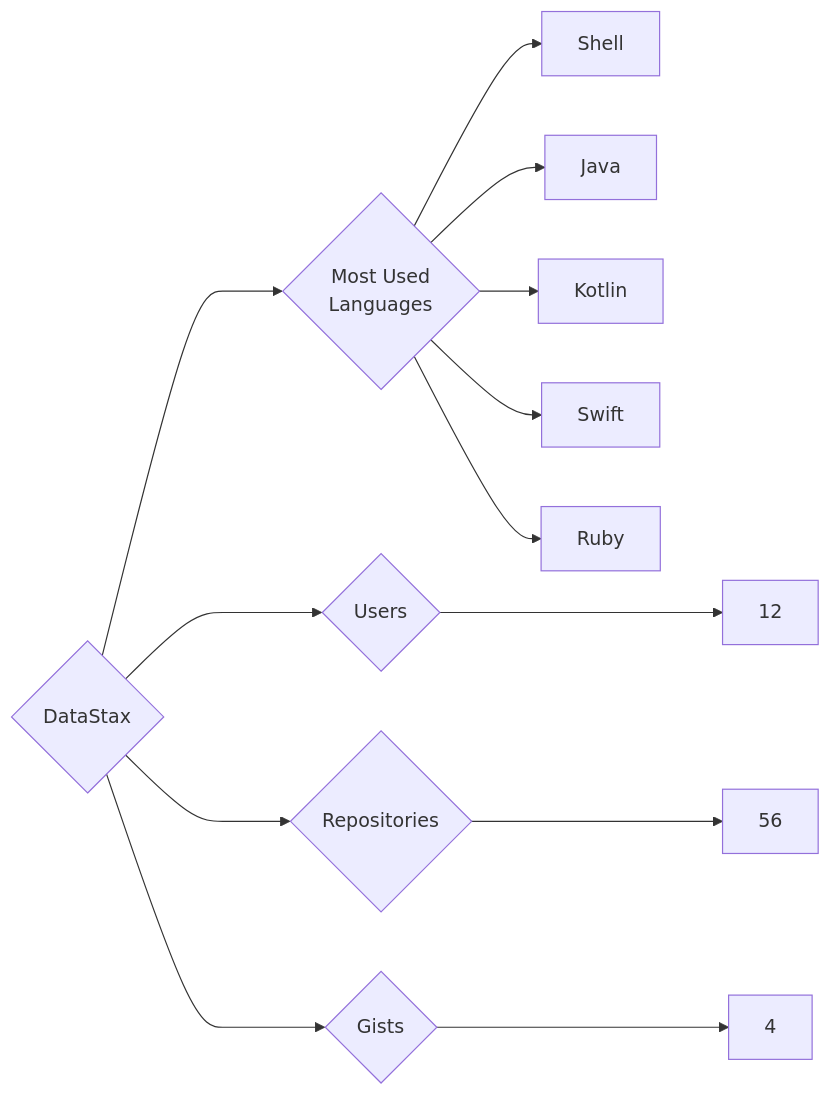
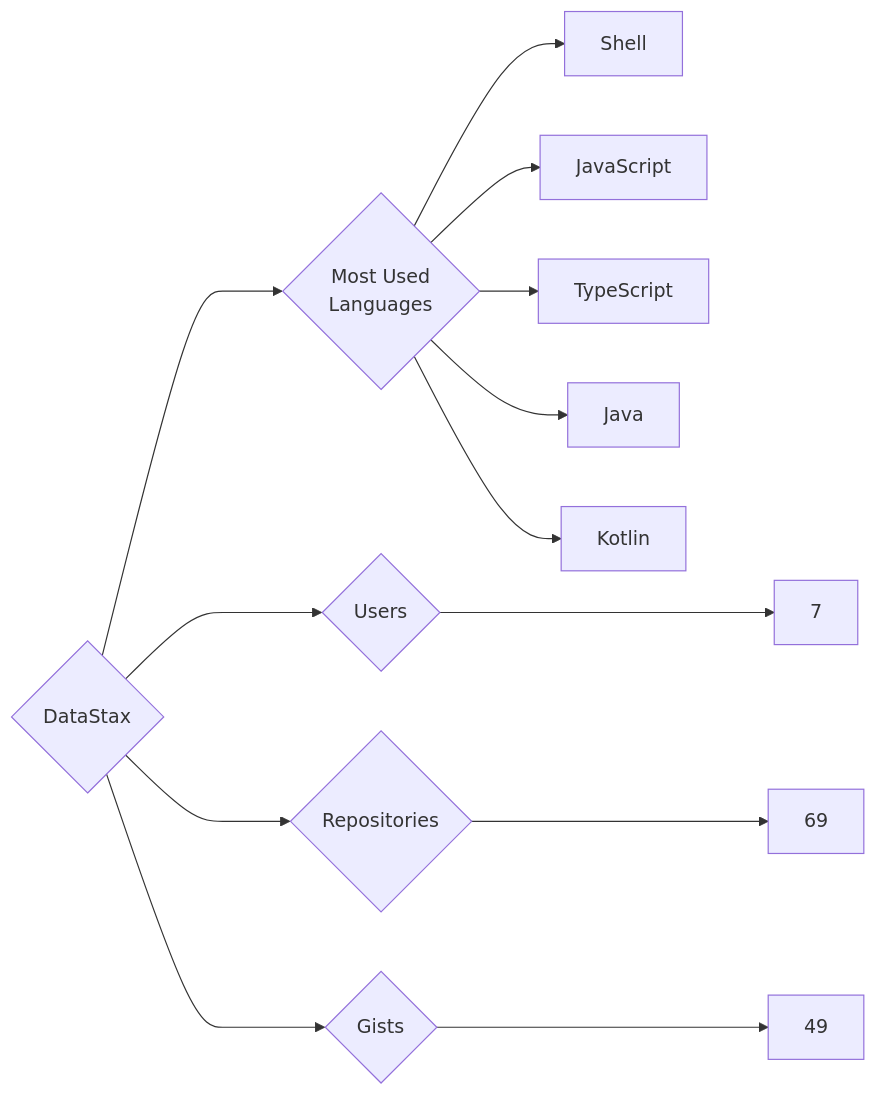
The diagram in targets/DataStax/README.md (trickest/insiders), drawn with Mermaid before and after one commit. The commit also changed 1084 other files, not shown here.

````diff
--- a/targets/DataStax/README.md
+++ b/targets/DataStax/README.md
@@ -3,13 +3,13 @@
 ```mermaid
 graph LR
 COMPANY_NAME{DataStax}
-COMPANY_NAME ---> U{Users} ---> UN[12]
-COMPANY_NAME ---> R{Repositories} ---> RN[56]
-COMPANY_NAME ---> G{Gists} ---> GN[4]
+COMPANY_NAME ---> U{Users} ---> UN[7]
+COMPANY_NAME ---> R{Repositories} ---> RN[69]
+COMPANY_NAME ---> G{Gists} ---> GN[49]
 COMPANY_NAME ---> ML{Most Used<br>Languages}
 ML --> Shell[Shell]
+ML --> JavaScript[JavaScript]
+ML --> TypeScript[TypeScript]
 ML --> Java[Java]
 ML --> Kotlin[Kotlin]
-ML --> Swift[Swift]
-ML --> Ruby[Ruby]
 ```
````
